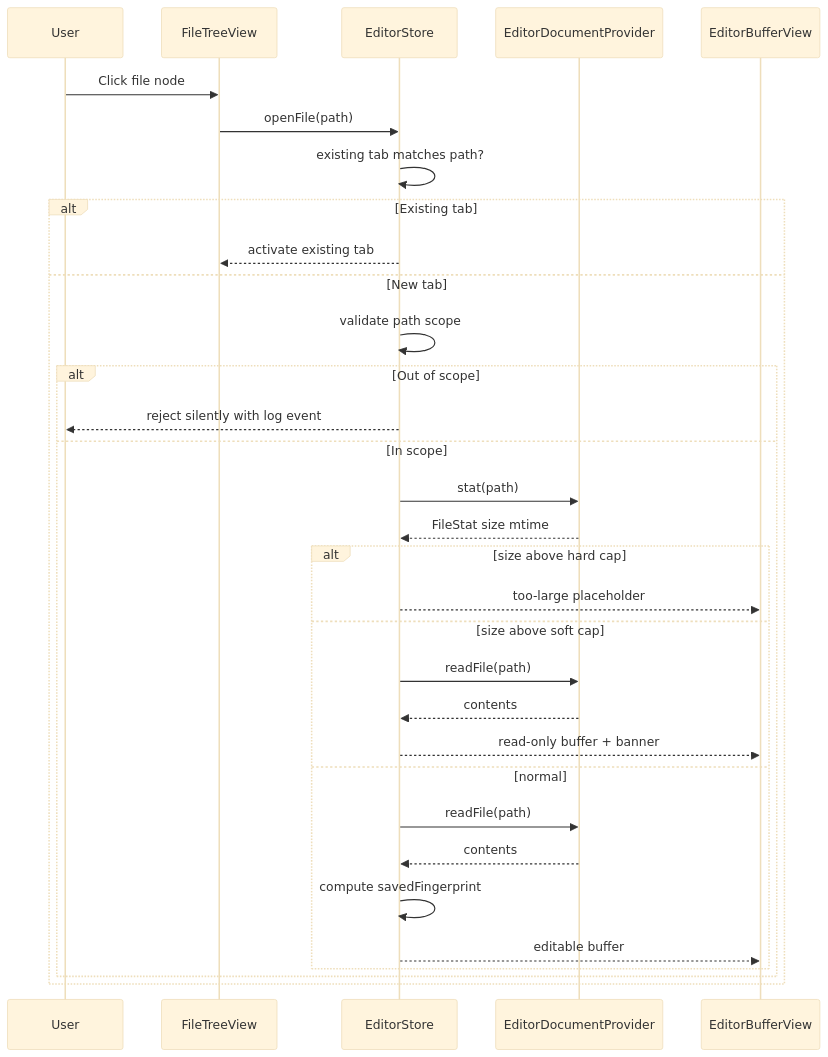
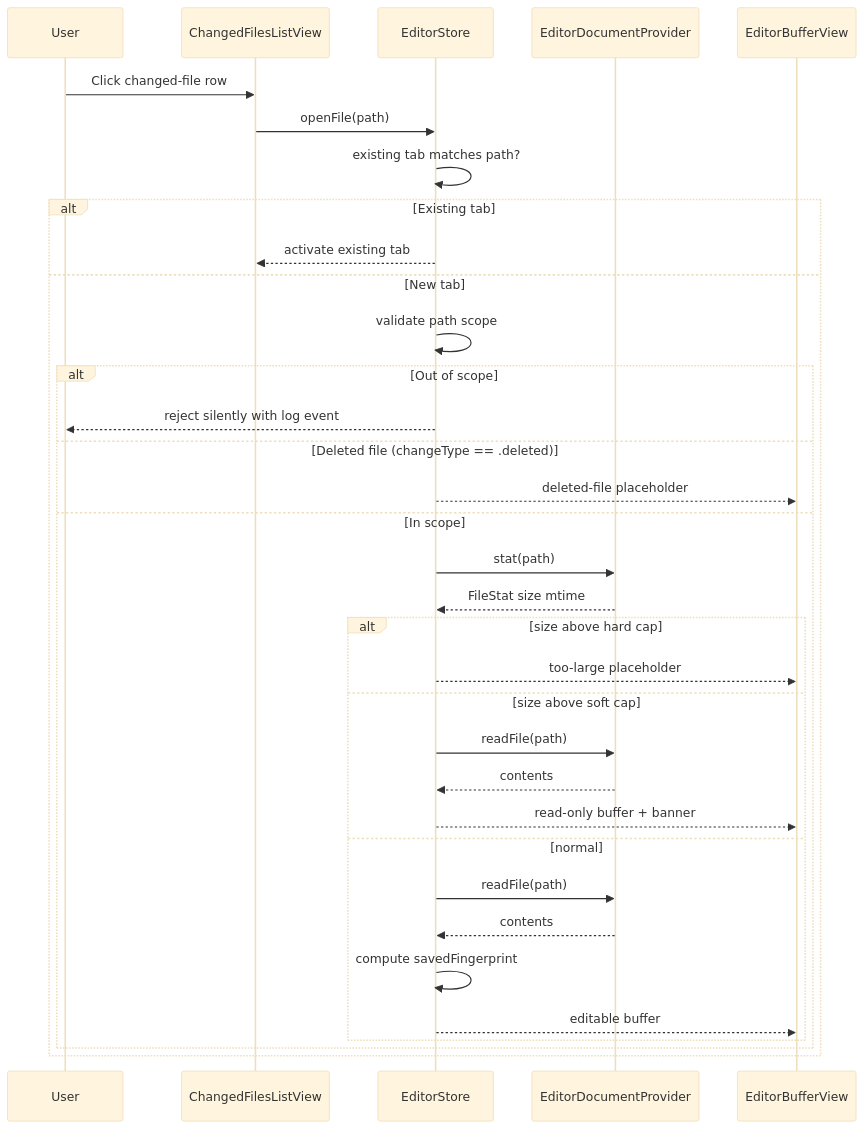
One commit to TETRA2000/sbx-ui changed the second of 8 diagrams in .kiro/specs/editor/design.md. Above: the diagram before and after it, drawn with Mermaid (base theme). The commit also changed other lines of this file and 14 other files, not shown here.

First line of the commit message:
Replace editor file tree with git-changed-files list

````diff
--- a/.kiro/specs/editor/design.md
+++ b/.kiro/specs/editor/design.md
@@ -185,34 +195,36 @@
 ```mermaid
 sequenceDiagram
     participant User
-    participant FileTreeView
+    participant ChangedFilesList as ChangedFilesListView
     participant EditorStore
     participant Provider as EditorDocumentProvider
     participant Buffer as EditorBufferView
-    User->>FileTreeView: Click file node
-    FileTreeView->>EditorStore: openFile(path)
+    User->>ChangedFilesList: Click changed-file row
+    ChangedFilesList->>EditorStore: openFile(path)
     EditorStore->>EditorStore: existing tab matches path?
     alt Existing tab
-        EditorStore-->>FileTreeView: activate existing tab
+        EditorStore-->>ChangedFilesList: activate existing tab
     else New tab
         EditorStore->>EditorStore: validate path scope
         alt Out of scope
             EditorStore-->>User: reject silently with log event
+        else Deleted file (changeType == .deleted)
+            EditorStore-->>Buffer: deleted-file placeholder
         else In scope
             EditorStore->>Provider: stat(path)
             Provider-->>EditorStore: FileStat size mtime
             alt size above hard cap
                 EditorStore-->>Buffer: too-large placeholder
             else size above soft cap
                 EditorStore->>Provider: readFile(path)
                 Provider-->>EditorStore: contents
                 EditorStore-->>Buffer: read-only buffer + banner
             else normal
                 EditorStore->>Provider: readFile(path)
                 Provider-->>EditorStore: contents
                 EditorStore->>EditorStore: compute savedFingerprint
                 EditorStore-->>Buffer: editable buffer
             end
         end
     end
 ```
````
